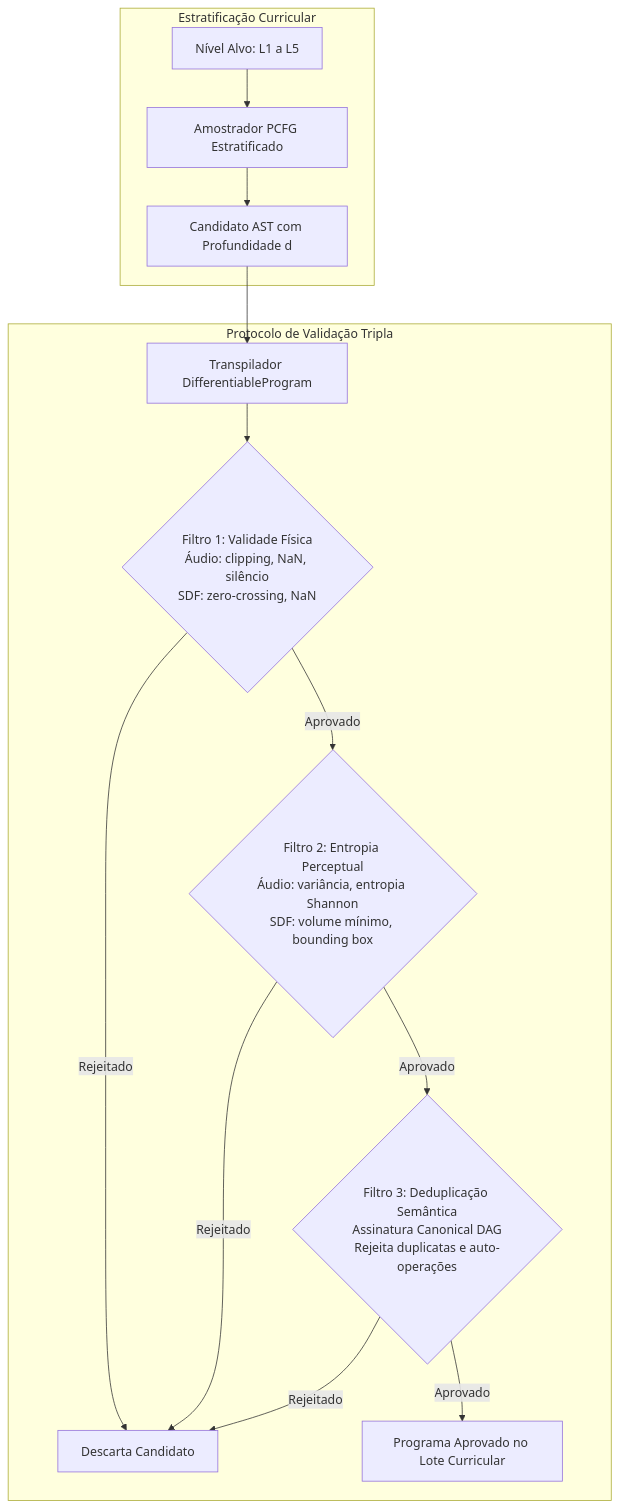
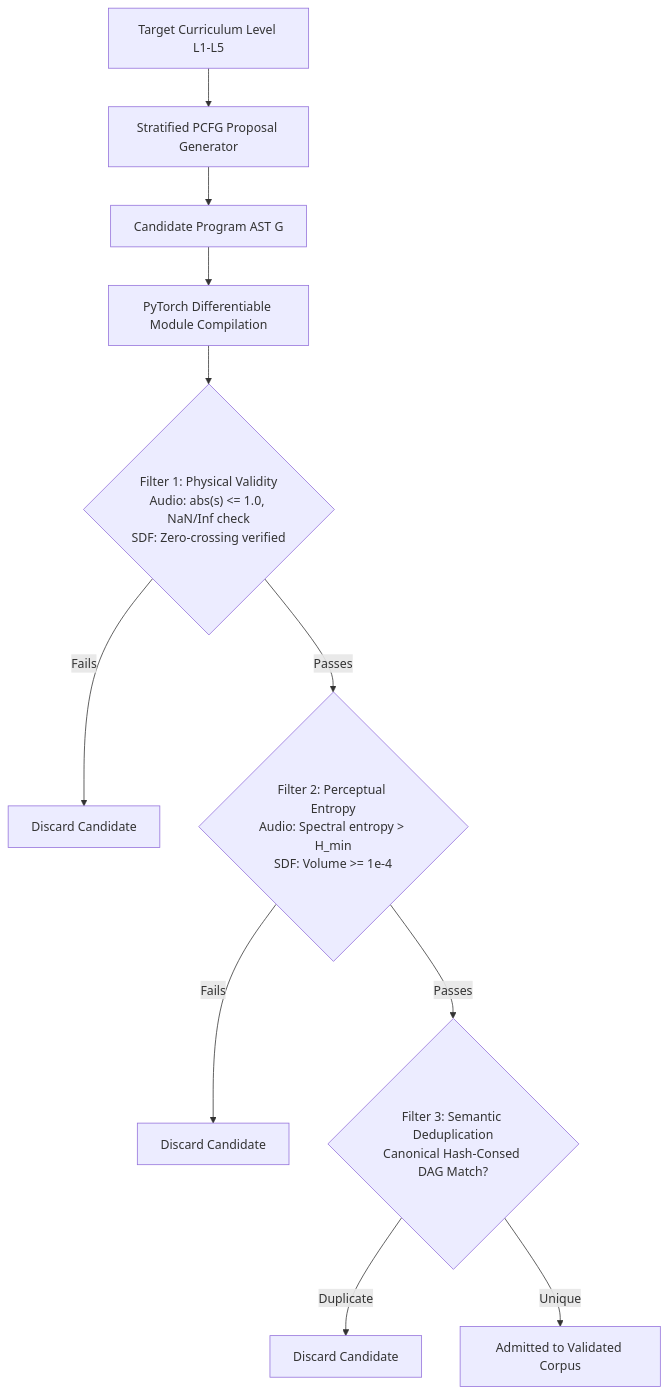
The diagram in docs/architecture/pcfg_curriculum_filtering.md (racoci/symforge), drawn with Mermaid before and after one commit. The commit also changed other lines of this file and 12 other files, not shown here.

Commit message:
docs: translate README and complete architecture documentation to English

````diff
--- a/docs/architecture/pcfg_curriculum_filtering.md
+++ b/docs/architecture/pcfg_curriculum_filtering.md
@@ -61,18 +59,17 @@
 ```mermaid
 graph TD
-    subgraph Stratification [Estratificação Curricular]
-        REQ[Nível Alvo: L1 a L5] --> GEN[Amostrador PCFG Estratificado]
-        GEN --> CAND[Candidato AST com Profundidade d]
-    end
-
-    subgraph FilterPipeline [Protocolo de Validação Tripla]
-        CAND --> COMP[Transpilador DifferentiableProgram]
-        COMP --> F1{Filtro 1: Validade Física<br/>Áudio: clipping, NaN, silêncio<br/>SDF: zero-crossing, NaN}
-        F1 -- Rejeitado --> DROP[Descarta Candidato]
-        F1 -- Aprovado --> F2{Filtro 2: Entropia Perceptual<br/>Áudio: variância, entropia Shannon<br/>SDF: volume mínimo, bounding box}
-        F2 -- Rejeitado --> DROP
-        F2 -- Aprovado --> F3{Filtro 3: Deduplicação Semântica<br/>Assinatura Canonical DAG<br/>Rejeita duplicatas e auto-operações}
-        F3 -- Rejeitado --> DROP
-        F3 -- Aprovado --> ACCEPT[Programa Aprovado no Lote Curricular]
-    end
+    LVL[Target Curriculum Level L1-L5] --> GEN[Stratified PCFG Proposal Generator]
+    GEN --> AST[Candidate Program AST G]
+    AST --> MOD[PyTorch Differentiable Module Compilation]
+    
+    MOD --> F1{"Filter 1: Physical Validity<br/>Audio: abs(s) <= 1.0, NaN/Inf check<br/>SDF: Zero-crossing verified"}
+    F1 -- Fails --> REJ1[Discard Candidate]
+    
+    F1 -- Passes --> F2{"Filter 2: Perceptual Entropy<br/>Audio: Spectral entropy > H_min<br/>SDF: Volume >= 1e-4"}
+    F2 -- Fails --> REJ2[Discard Candidate]
+    
+    F2 -- Passes --> F3{"Filter 3: Semantic Deduplication<br/>Canonical Hash-Consed DAG Match?"}
+    F3 -- Duplicate --> REJ3[Discard Candidate]
+    
+    F3 -- Unique --> OK[Admitted to Validated Corpus]
 ```
````
